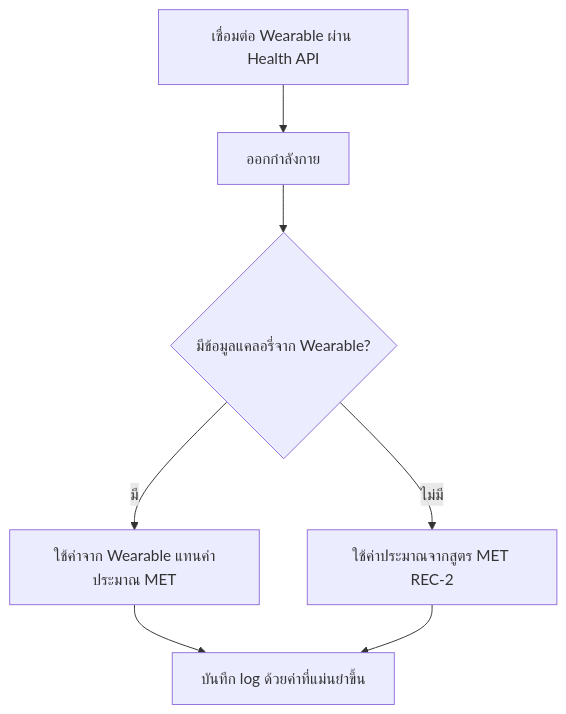
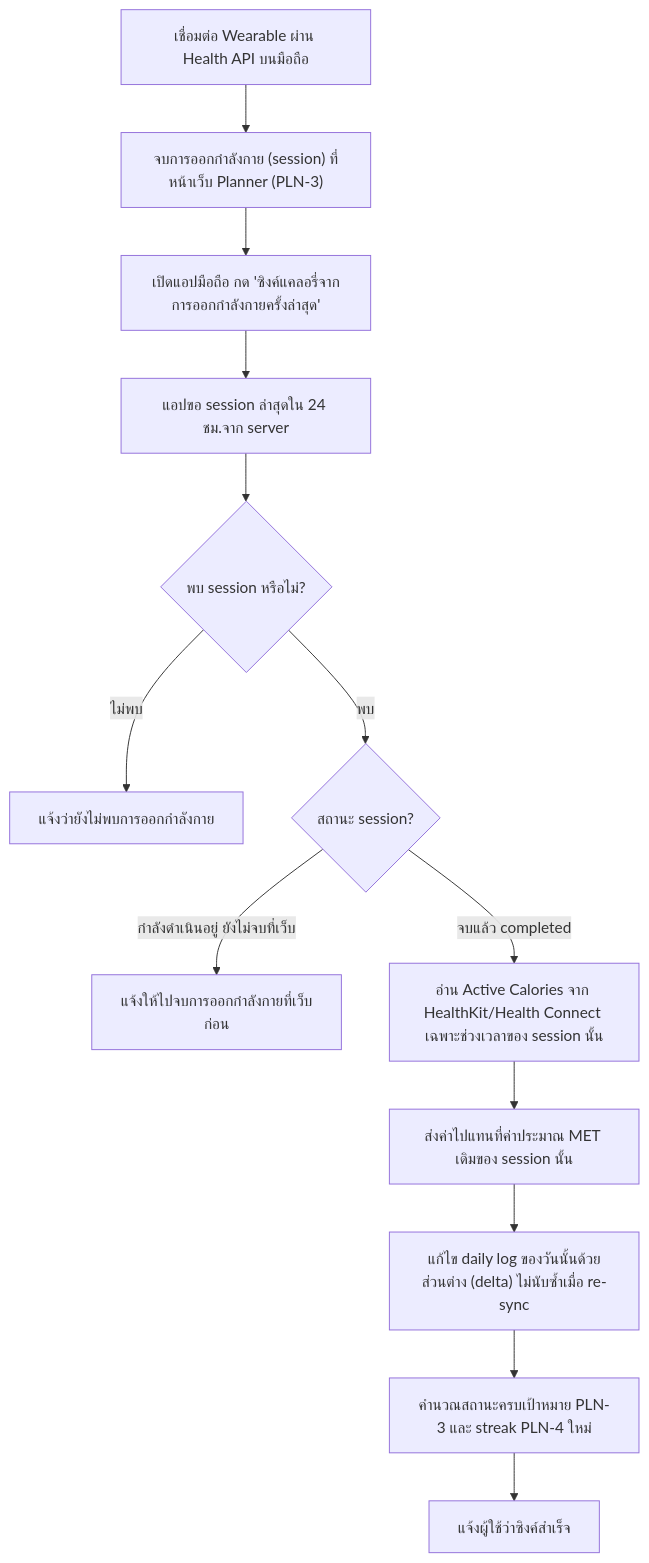
Before and after one commit to Kikofah/smartFit_daily: diagram 16 of 16 in docs/02-design/01-prototypes/user-journeys.md, drawn with Mermaid. The commit also changed other lines of this file and 17 other files, not shown here.

First line of the commit message:
docs: sync spec, API/DB, detailed design, tests, prototypes with INT-0/INT-3/ONB-3 changes

````diff
--- a/docs/02-design/01-prototypes/user-journeys.md
+++ b/docs/02-design/01-prototypes/user-journeys.md
@@ -717,9 +731,15 @@
 ```mermaid
 flowchart TD
-    A[เชื่อมต่อ Wearable ผ่าน Health API] --> B[ออกกำลังกาย]
-    B --> C{มีข้อมูลแคลอรี่จาก Wearable?}
-    C -- มี --> D[ใช้ค่าจาก Wearable แทนค่าประมาณ MET]
-    C -- ไม่มี --> E[ใช้ค่าประมาณจากสูตร MET REC-2]
-    D --> F[บันทึก log ด้วยค่าที่แม่นยำขึ้น]
-    E --> F
+    A[เชื่อมต่อ Wearable ผ่าน Health API บนมือถือ] --> B["จบการออกกำลังกาย (session) ที่หน้าเว็บ Planner (PLN-3)"]
+    B --> C["เปิดแอปมือถือ กด 'ซิงค์แคลอรี่จากการออกกำลังกายครั้งล่าสุด'"]
+    C --> D[แอปขอ session ล่าสุดใน 24 ชม.จาก server]
+    D --> E{พบ session หรือไม่?}
+    E -- ไม่พบ --> F[แจ้งว่ายังไม่พบการออกกำลังกาย]
+    E -- พบ --> G{สถานะ session?}
+    G -- กำลังดำเนินอยู่ ยังไม่จบที่เว็บ --> H[แจ้งให้ไปจบการออกกำลังกายที่เว็บก่อน]
+    G -- จบแล้ว completed --> I["อ่าน Active Calories จาก HealthKit/Health Connect เฉพาะช่วงเวลาของ session นั้น"]
+    I --> J[ส่งค่าไปแทนที่ค่าประมาณ MET เดิมของ session นั้น]
+    J --> K["แก้ไข daily log ของวันนั้นด้วยส่วนต่าง (delta) ไม่นับซ้ำเมื่อ re-sync"]
+    K --> L[คำนวณสถานะครบเป้าหมาย PLN-3 และ streak PLN-4 ใหม่]
+    L --> M[แจ้งผู้ใช้ว่าซิงค์สำเร็จ]
 ```
````
